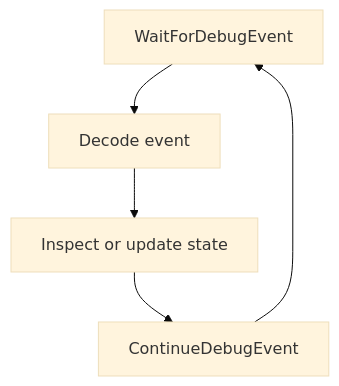
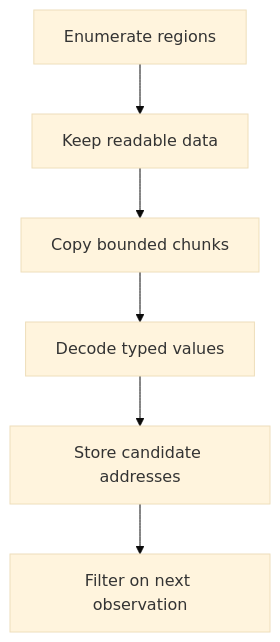
Before and after one commit to MustCodeAl/rust-game-hacking-book: the diagram in _pages/7/05.md, drawn with Mermaid (base theme). The commit also changed other lines of this file and 125 other files, not shown here.

````diff
--- a/_pages/7/05.md
+++ b/_pages/7/05.md
@@ -17,7 +15,8 @@
 ```mermaid
 flowchart TD
-    A["WaitForDebugEvent"] --> B["Decode event"]
-    B --> C["Inspect or update state"]
-    C --> D["ContinueDebugEvent"]
-    D --> A
+    A["Enumerate regions"] --> B["Keep readable data"]
+    B --> C["Copy bounded chunks"]
+    C --> D["Decode typed values"]
+    D --> E["Store candidate addresses"]
+    E --> F["Filter on next observation"]
 ```
````
